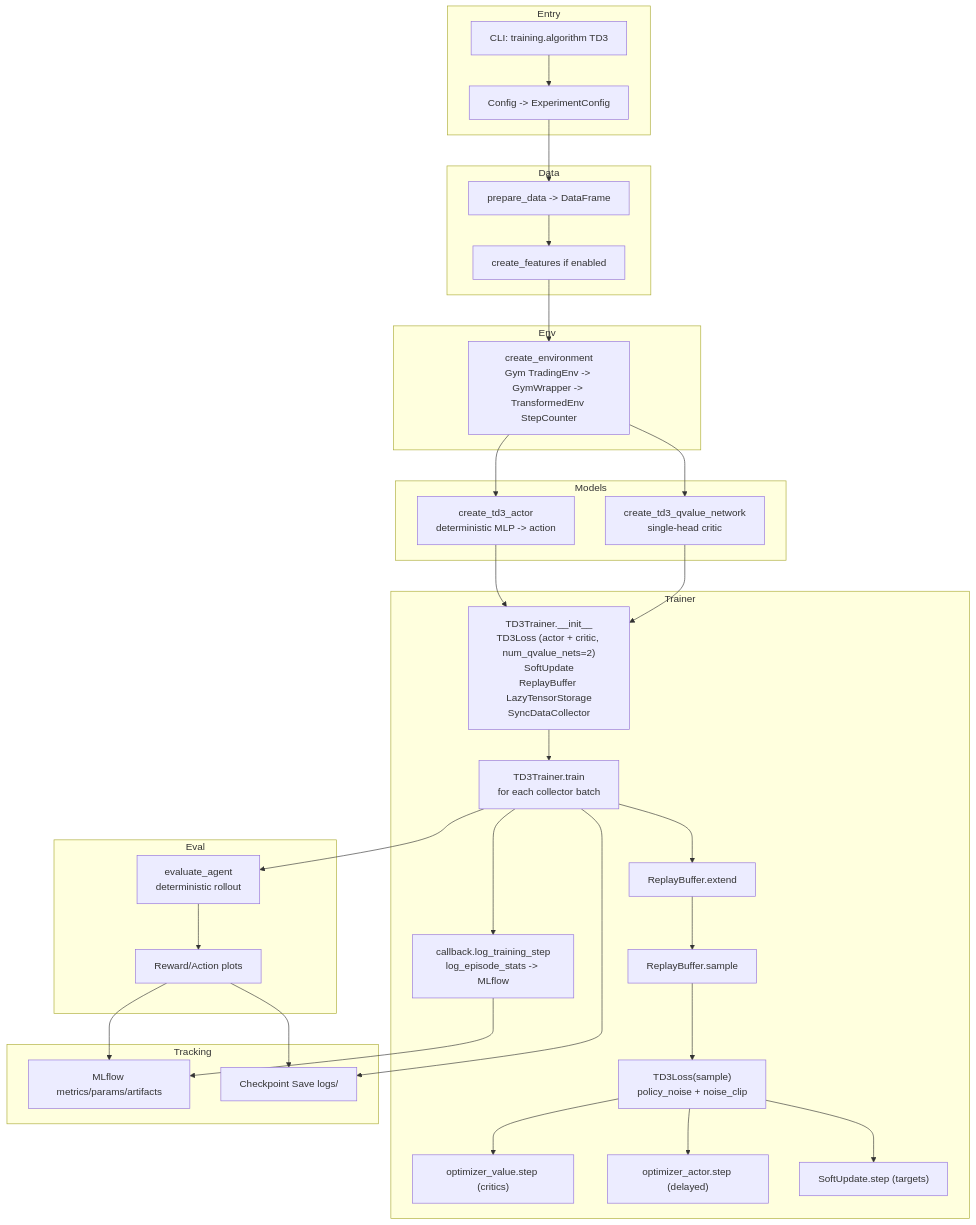
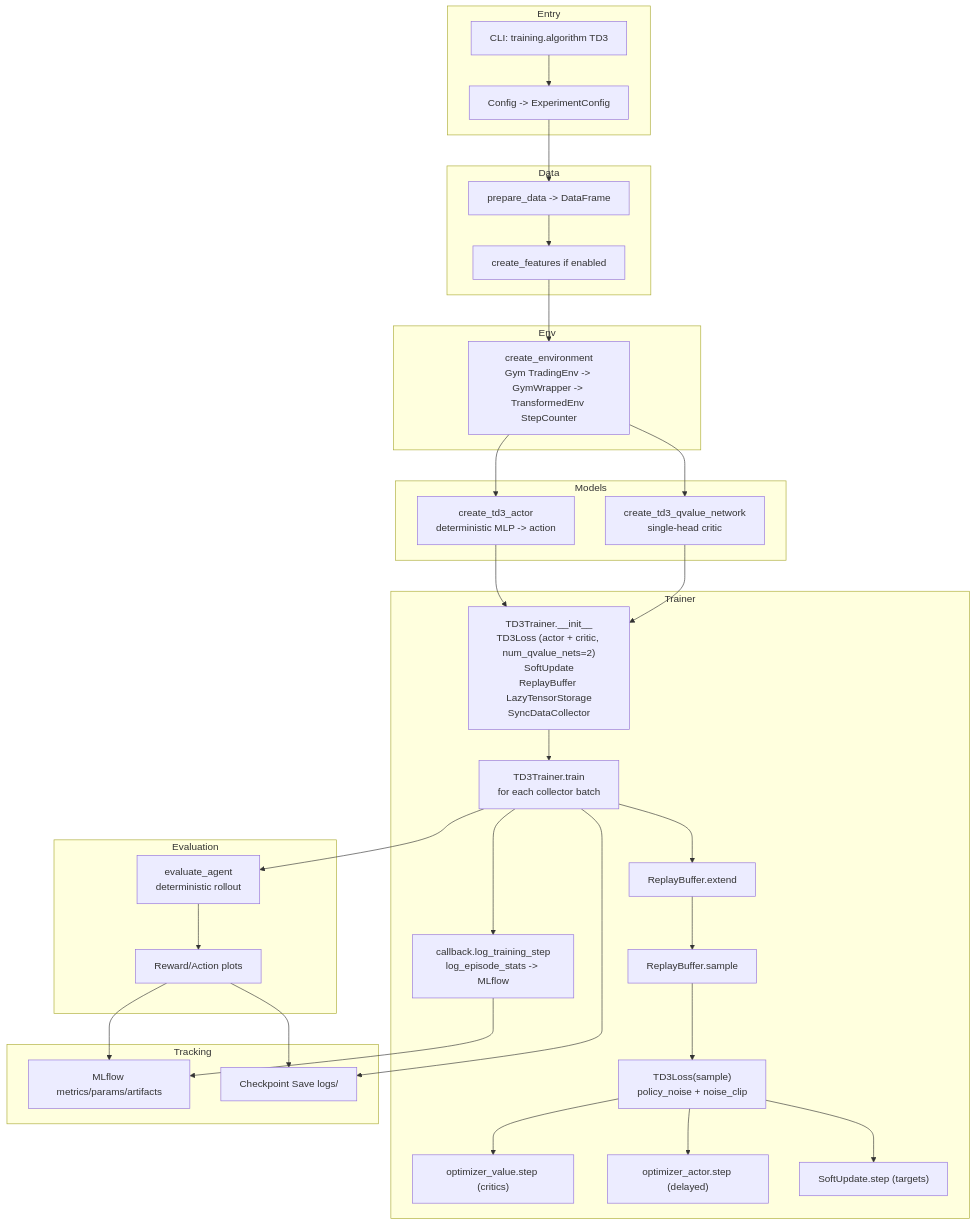
One commit to kwojdalski/masters_thesis changed the diagram in docs/td3_implementation_overview.md. Above: the diagram before and after it, drawn with Mermaid. The commit also changed 4 other files, not shown here.

````diff
--- a/docs/td3_implementation_overview.md
+++ b/docs/td3_implementation_overview.md
@@ -9,58 +9,58 @@
 ```mermaid
 flowchart TD
     subgraph Entry
         A["CLI: training.algorithm TD3"]
         A1["Config -> ExperimentConfig"]
     end
 
     subgraph Data
         B["prepare_data -> DataFrame"]
         B1["create_features if enabled"]
     end
 
     subgraph Env
         C["create_environment<br/>Gym TradingEnv -> GymWrapper -> TransformedEnv StepCounter"]
     end
 
     subgraph Models
         D["create_td3_actor<br/>deterministic MLP -> action"]
         E["create_td3_qvalue_network<br/>single-head critic"]
     end
 
     subgraph Trainer
         F["TD3Trainer.__init__<br/>TD3Loss (actor + critic, num_qvalue_nets=2)<br/>SoftUpdate<br/>ReplayBuffer LazyTensorStorage<br/>SyncDataCollector"]
         G["TD3Trainer.train<br/>for each collector batch"]
         H["ReplayBuffer.extend"]
         I["ReplayBuffer.sample"]
         J["TD3Loss(sample)<br/>policy_noise + noise_clip"]
         K["optimizer_value.step (critics)"]
         L["optimizer_actor.step (delayed)"]
         M["SoftUpdate.step (targets)"]
         N["callback.log_training_step<br/>log_episode_stats -> MLflow"]
     end
 
-    subgraph Eval
+    subgraph Evaluation
         O["evaluate_agent<br/>deterministic rollout"]
         P["Reward/Action plots"]
     end
 
     subgraph Tracking
         Q["MLflow metrics/params/artifacts"]
         R["Checkpoint Save logs/"]
     end
 
     A --> A1 --> B --> B1 --> C
     C --> D
     C --> E
     D --> F
     E --> F
     F --> G
     G --> H --> I --> J
     J --> K
     J --> L
     J --> M
     G --> N --> Q
     G --> R
     G --> O --> P --> Q
     P --> R
 ```
````
